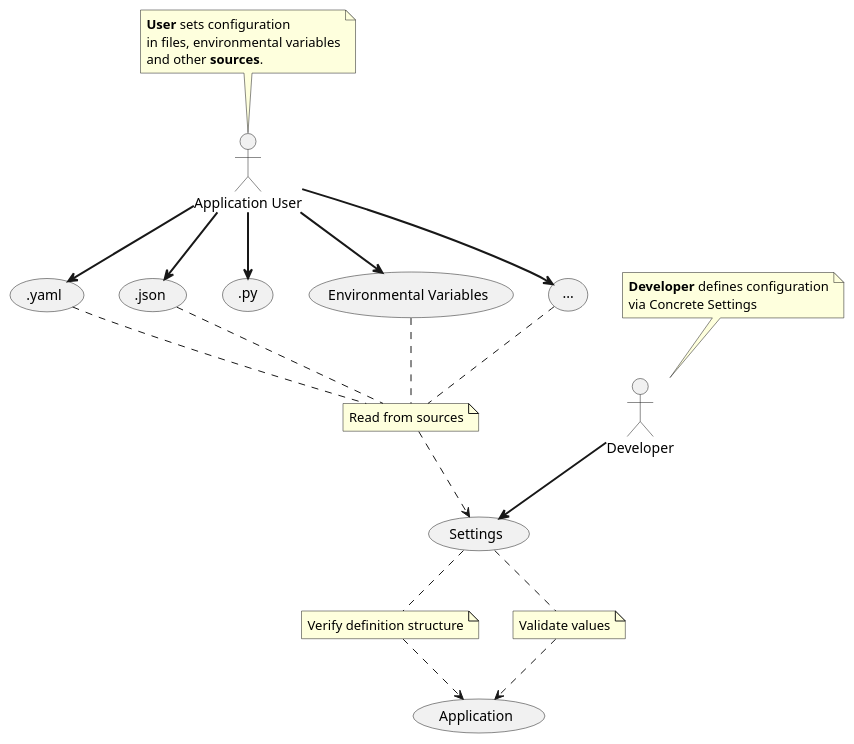
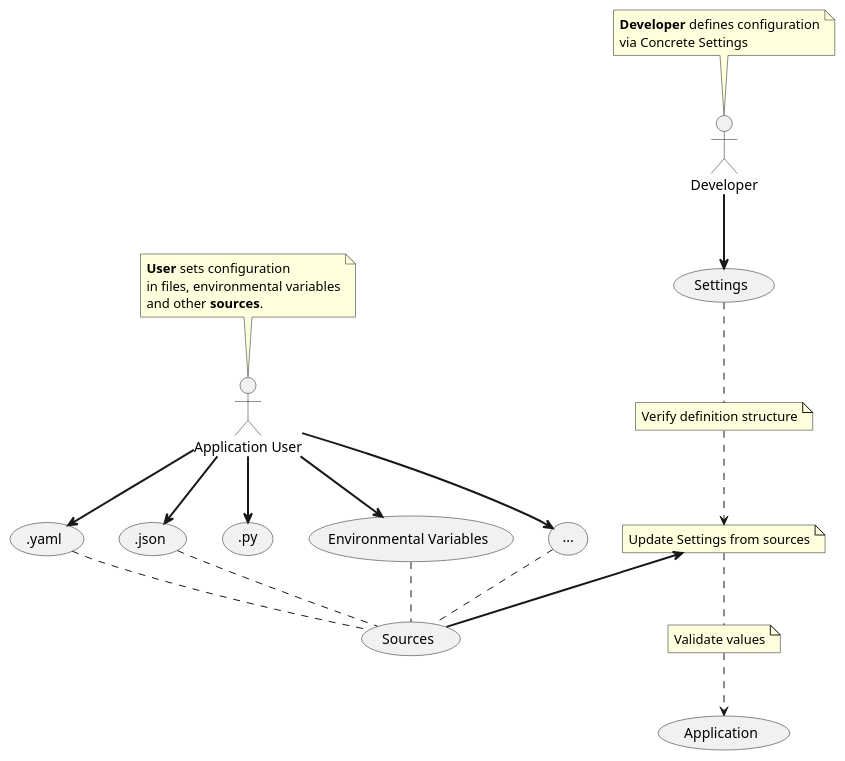
The diagram in docs/src/index.rst (BasicWolf/archived-concrete-settings), drawn with PlantUML before and after one commit. The commit also changed other lines of this file and 1 other file, not shown here.

```diff
--- a/docs/src/index.rst
+++ b/docs/src/index.rst
@@ -89,46 +103,46 @@
 .. uml::
 
    @startuml
    :Developer: as Dev
    :Application User: as User
    (.yaml) as (yaml_source)
    (.json) as (json_source)
    (.py) as (py_source)
    (Environmental Variables) as (envvar)
 
    note top of User
        **User** sets configuration
        in files, environmental variables
        and other **sources**.
    end note
 
    note top of Dev
        **Developer** defines configuration
        via Concrete Settings
    end note
 
    User ==> (yaml_source)
    User ==> (json_source)
    User ==> (envvar)
    User ==> (py_source)
    User ==> (...)
 
-   note "Read from sources" as note_read_settings
-
    Dev ==> (Settings)
 
-   (yaml_source) .. note_read_settings
-   (json_source) .. note_read_settings
-   (envvar) .. note_read_settings
-   (...) .. note_read_settings
-   note_read_settings ..> (Settings)
+   (yaml_source) .. (Sources)
+   (json_source) .. (Sources)
+   (envvar) .. (Sources)
+   (...) .. (Sources)
 
    note "Verify definition structure" as note_verify
+   note "Update Settings from sources" as note_update
    note "Validate values" as note_validate
 
+   note_update <== (Sources)
+
    (Settings) .. note_verify
-   note_verify ..> (Application)
-   (Settings) .. note_validate
+   note_verify ..> note_update
+   note_update .. note_validate
    note_validate ..> (Application)
 
    @enduml
```
